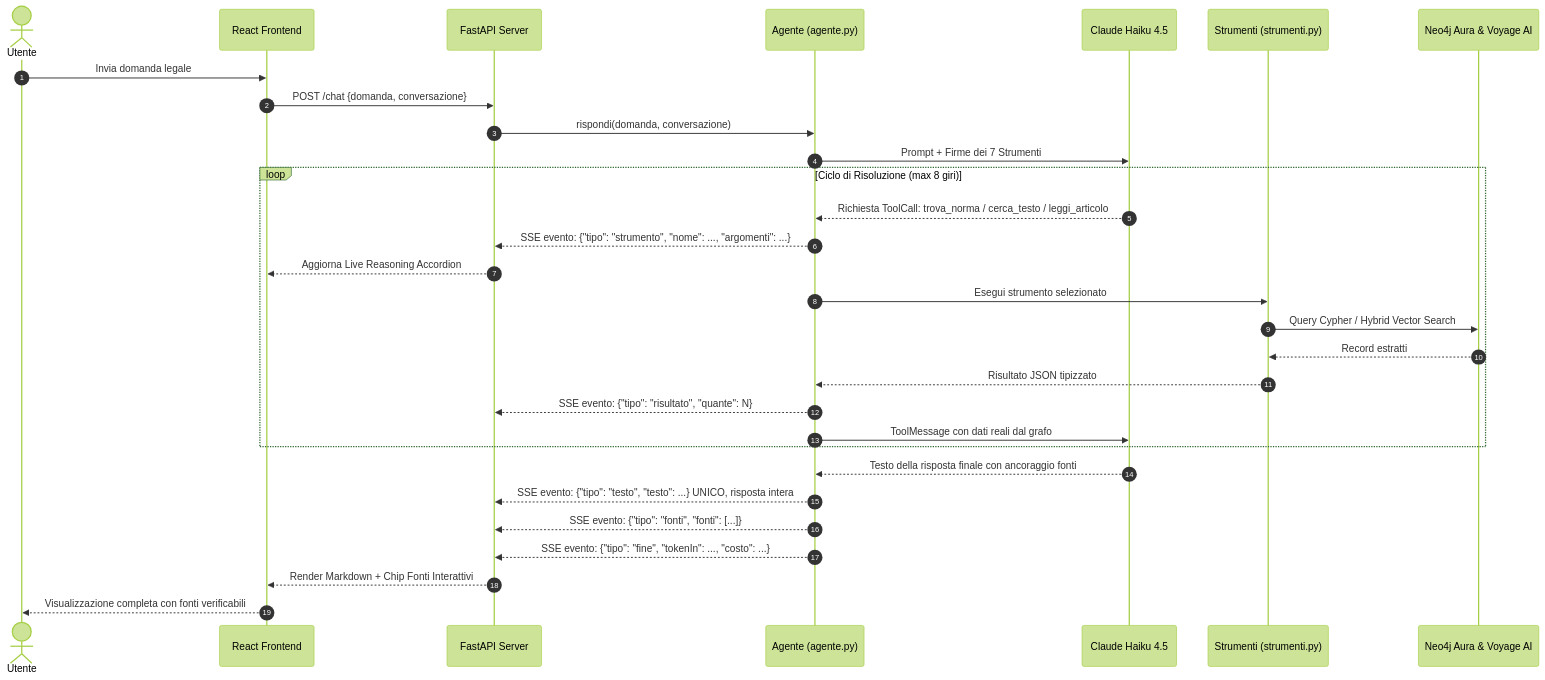
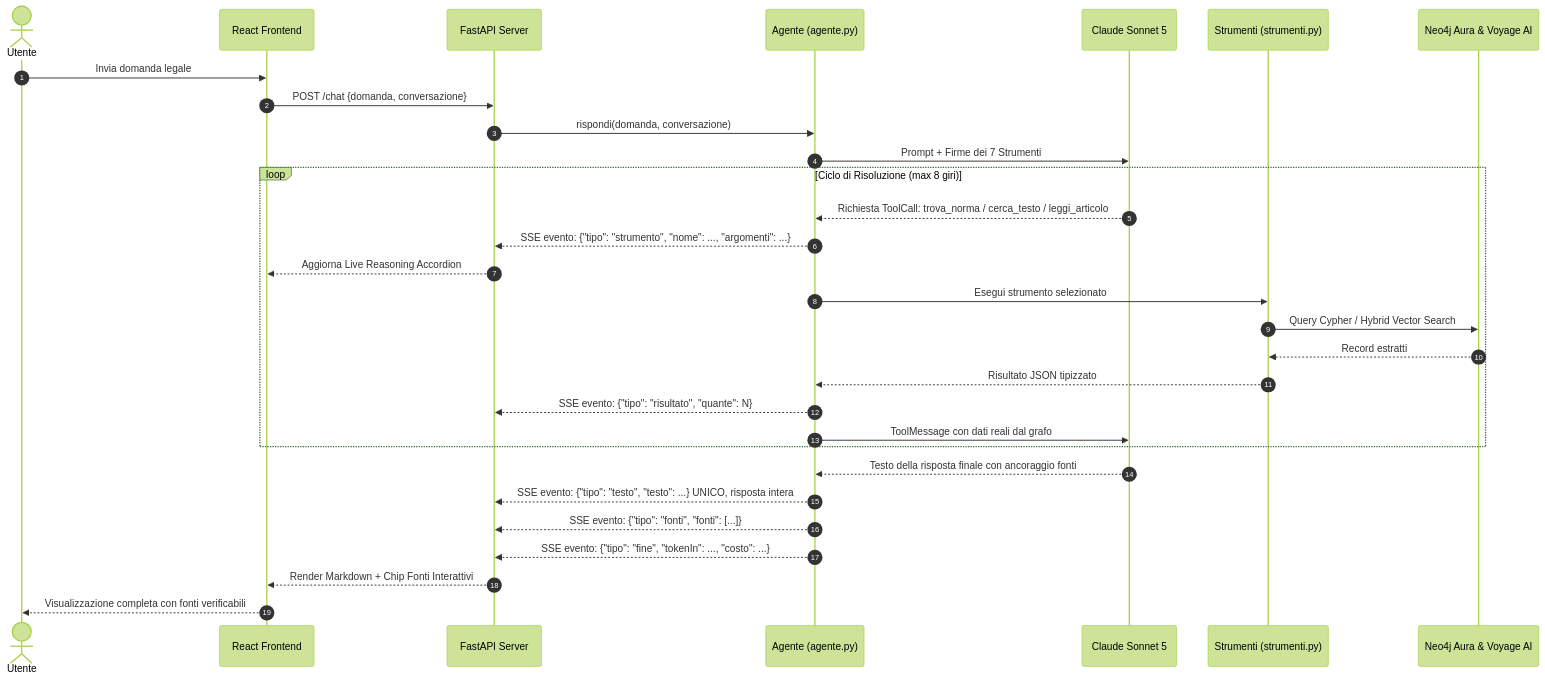
Before and after one commit to simorina/GraphResponsa: the second of 5 diagrams in docs/architettura-agente.md, drawn with Mermaid (forest theme). The commit also changed other lines of this file and 9 other files, not shown here.

````diff
--- a/docs/architettura-agente.md
+++ b/docs/architettura-agente.md
@@ -79,35 +79,35 @@
 ```mermaid
 sequenceDiagram
     autonumber
     actor User as Utente
     participant UI as React Frontend
     participant Server as FastAPI Server
     participant Agent as Agente (agente.py)
-    participant Claude as Claude Haiku 4.5
+    participant Claude as Claude Sonnet 5
     participant Tools as Strumenti (strumenti.py)
     participant DB as Neo4j Aura & Voyage AI
 
     User->>UI: Invia domanda legale
     UI->>Server: POST /chat {domanda, conversazione}
     Server->>Agent: rispondi(domanda, conversazione)
     Agent->>Claude: Prompt + Firme dei 7 Strumenti
     
     loop Ciclo di Risoluzione (max 8 giri)
         Claude-->>Agent: Richiesta ToolCall: trova_norma / cerca_testo / leggi_articolo
         Agent-->>Server: SSE evento: {"tipo": "strumento", "nome": ..., "argomenti": ...}
         Server-->>UI: Aggiorna Live Reasoning Accordion
         Agent->>Tools: Esegui strumento selezionato
         Tools->>DB: Query Cypher / Hybrid Vector Search
         DB-->>Tools: Record estratti
         Tools-->>Agent: Risultato JSON tipizzato
         Agent-->>Server: SSE evento: {"tipo": "risultato", "quante": N}
         Agent->>Claude: ToolMessage con dati reali dal grafo
     end
 
     Claude-->>Agent: Testo della risposta finale con ancoraggio fonti
     Agent-->>Server: SSE evento: {"tipo": "testo", "testo": ...} UNICO, risposta intera
     Agent-->>Server: SSE evento: {"tipo": "fonti", "fonti": [...]}
     Agent-->>Server: SSE evento: {"tipo": "fine", "tokenIn": ..., "costo": ...}
     Server-->>UI: Render Markdown + Chip Fonti Interattivi
     UI-->>User: Visualizzazione completa con fonti verificabili
 ```
````
